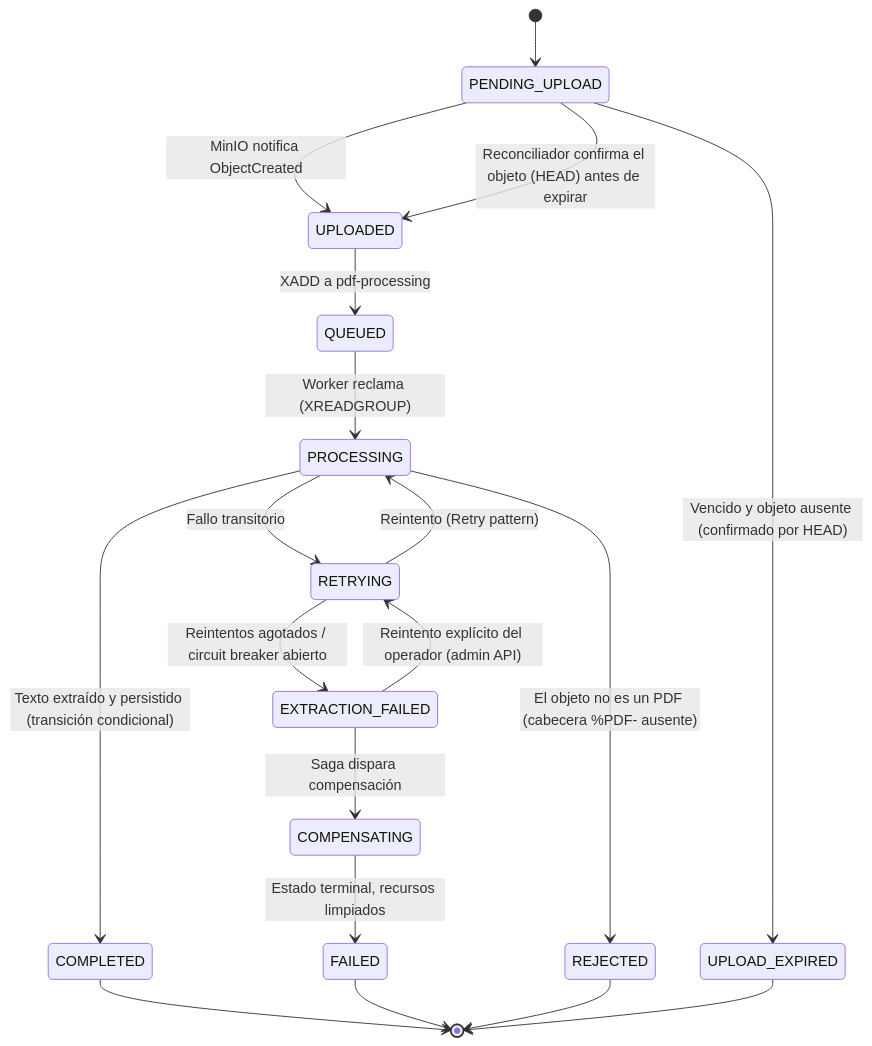
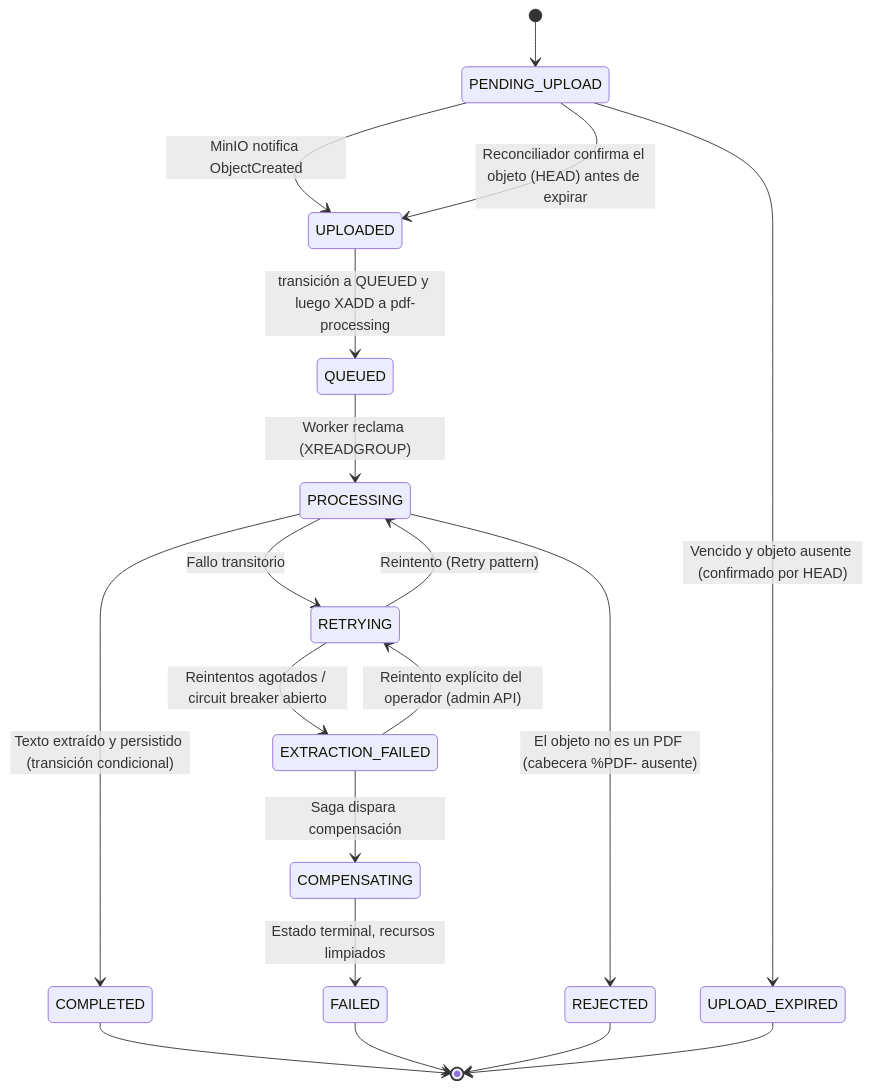
The second of 3 diagrams in docs/SPEC.md (Alejo-Basile/doc-service), drawn with Mermaid before and after one commit. The commit also changed 6 other files, not shown here.

First line of the commit message:
fix(p2): ordenar UPLOADED->QUEUED antes del XADD y recuperar QUEUED sin mensaje (#72)

````diff
--- a/docs/SPEC.md
+++ b/docs/SPEC.md
@@ -158,21 +158,21 @@
 ```mermaid
 stateDiagram-v2
     [*] --> PENDING_UPLOAD
     PENDING_UPLOAD --> UPLOADED: MinIO notifica ObjectCreated
     PENDING_UPLOAD --> UPLOADED: Reconciliador confirma el objeto (HEAD) antes de expirar
     PENDING_UPLOAD --> UPLOAD_EXPIRED: Vencido y objeto ausente (confirmado por HEAD)
-    UPLOADED --> QUEUED: XADD a pdf-processing
+    UPLOADED --> QUEUED: transición a QUEUED y luego XADD a pdf-processing
     QUEUED --> PROCESSING: Worker reclama (XREADGROUP)
     PROCESSING --> COMPLETED: Texto extraído y persistido (transición condicional)
     PROCESSING --> REJECTED: El objeto no es un PDF (cabecera %PDF- ausente)
     PROCESSING --> RETRYING: Fallo transitorio
     RETRYING --> PROCESSING: Reintento (Retry pattern)
     RETRYING --> EXTRACTION_FAILED: Reintentos agotados / circuit breaker abierto
     EXTRACTION_FAILED --> RETRYING: Reintento explícito del operador (admin API)
     EXTRACTION_FAILED --> COMPENSATING: Saga dispara compensación
     COMPENSATING --> FAILED: Estado terminal, recursos limpiados
     COMPLETED --> [*]
     FAILED --> [*]
     REJECTED --> [*]
     UPLOAD_EXPIRED --> [*]
 ```
````
